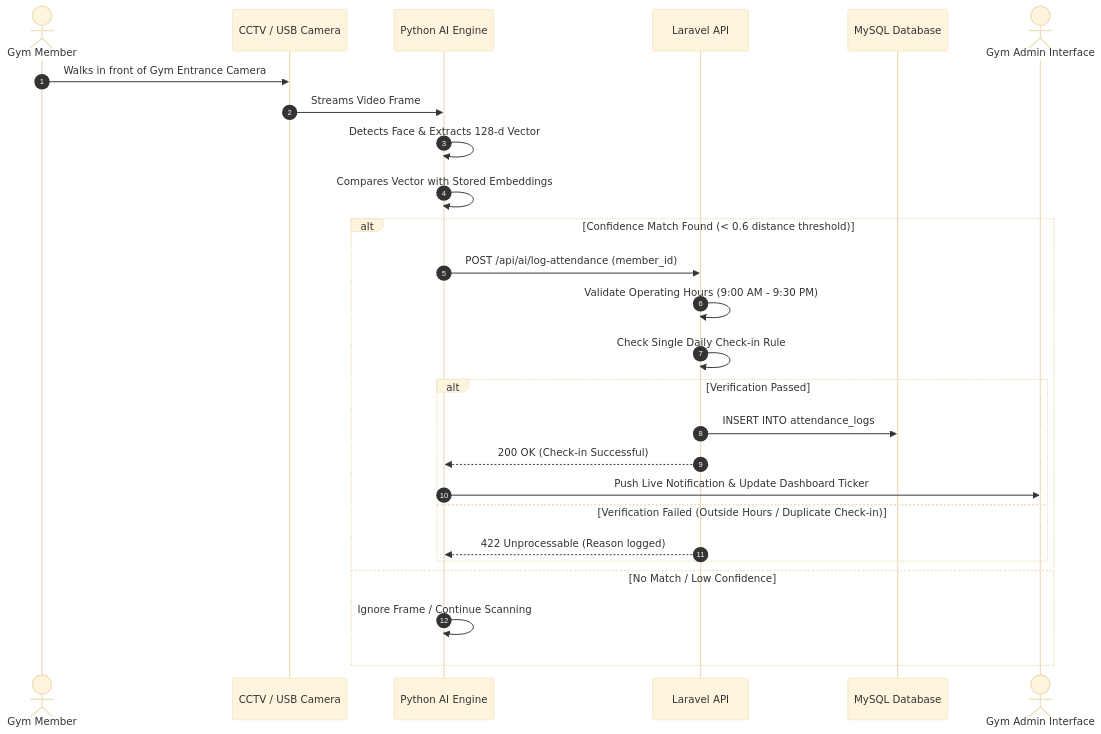
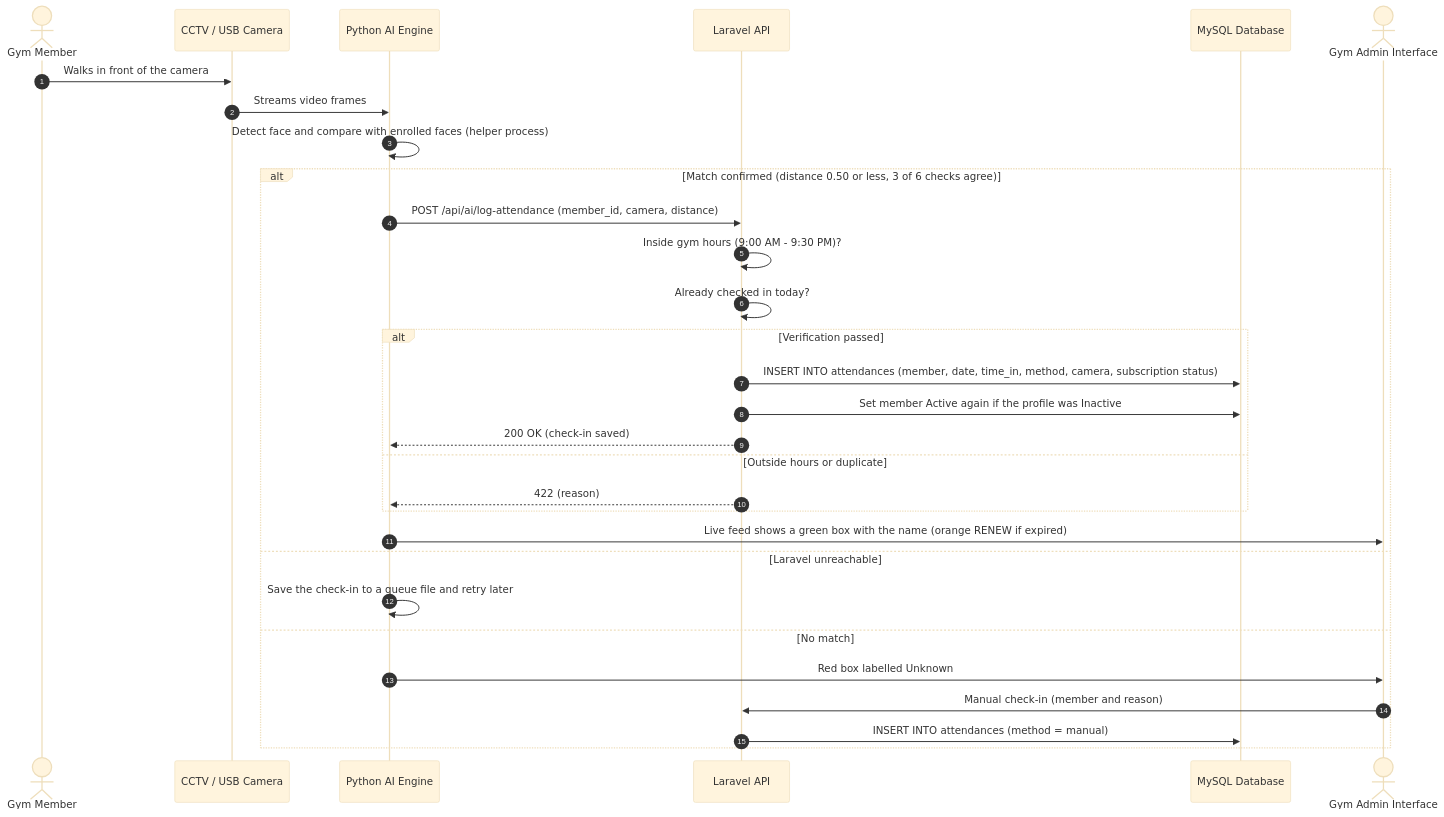
Before and after one commit to Plonteras191/GYM2-CAPSTONE: the fourth of 6 diagrams in DOCUMENTATION/Product Requirements Documents/Architecture/Architecture.md, drawn with Mermaid (base theme). The commit also changed other lines of this file and 3 other files, not shown here.

First line of the commit message:
docs(prd): update architecture, database, system diagrams and user technical documentation to v2.0

````diff
--- a/DOCUMENTATION/Product Requirements Documents/Architecture/Architecture.md
+++ b/DOCUMENTATION/Product Requirements Documents/Architecture/Architecture.md
@@ -367,31 +374,35 @@
 ```mermaid
 sequenceDiagram
     autonumber
     actor Member as Gym Member
     participant Cam as CCTV / USB Camera
     participant Py as Python AI Engine
     participant LV as Laravel API
     participant DB as MySQL Database
     actor Admin as Gym Admin Interface
 
-    Member->>Cam: Walks in front of Gym Entrance Camera
-    Cam->>Py: Streams Video Frame
-    Py->>Py: Detects Face & Extracts 128-d Vector
-    Py->>Py: Compares Vector with Stored Embeddings
-    
-    alt Confidence Match Found (< 0.6 distance threshold)
-        Py->>LV: POST /api/ai/log-attendance (member_id)
-        LV->>LV: Validate Operating Hours (9:00 AM - 9:30 PM)
-        LV->>LV: Check Single Daily Check-in Rule
-        
-        alt Verification Passed
-            LV->>DB: INSERT INTO attendance_logs
-            LV-->>Py: 200 OK (Check-in Successful)
-            Py->>Admin: Push Live Notification & Update Dashboard Ticker
-        else Verification Failed (Outside Hours / Duplicate Check-in)
-            LV-->>Py: 422 Unprocessable (Reason logged)
+    Member->>Cam: Walks in front of the camera
+    Cam->>Py: Streams video frames
+    Py->>Py: Detect face and compare with enrolled faces (helper process)
+
+    alt Match confirmed (distance 0.50 or less, 3 of 6 checks agree)
+        Py->>LV: POST /api/ai/log-attendance (member_id, camera, distance)
+        LV->>LV: Inside gym hours (9:00 AM - 9:30 PM)?
+        LV->>LV: Already checked in today?
+
+        alt Verification passed
+            LV->>DB: INSERT INTO attendances (member, date, time_in, method, camera, subscription status)
+            LV->>DB: Set member Active again if the profile was Inactive
+            LV-->>Py: 200 OK (check-in saved)
+        else Outside hours or duplicate
+            LV-->>Py: 422 (reason)
         end
-    else No Match / Low Confidence
-        Py->>Py: Ignore Frame / Continue Scanning
+        Py->>Admin: Live feed shows a green box with the name (orange RENEW if expired)
+    else Laravel unreachable
+        Py->>Py: Save the check-in to a queue file and retry later
+    else No match
+        Py->>Admin: Red box labelled Unknown
+        Admin->>LV: Manual check-in (member and reason)
+        LV->>DB: INSERT INTO attendances (method = manual)
     end
 ```
````
